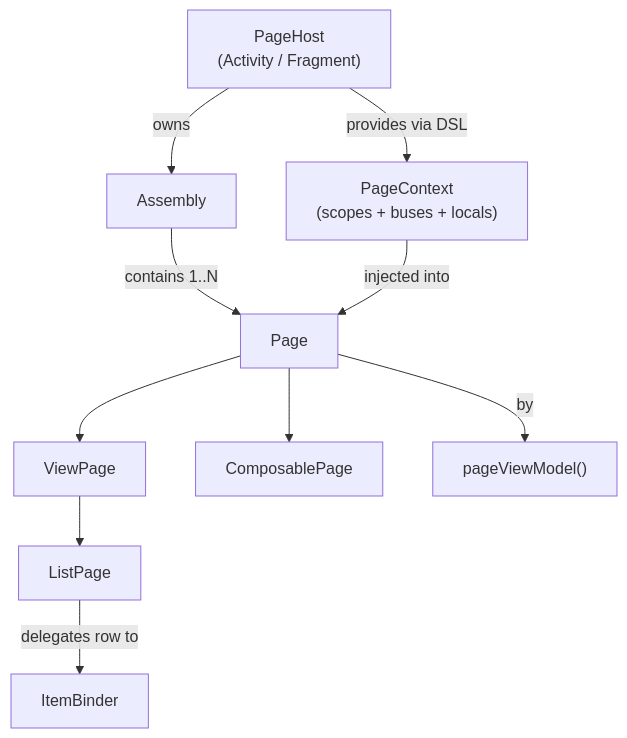
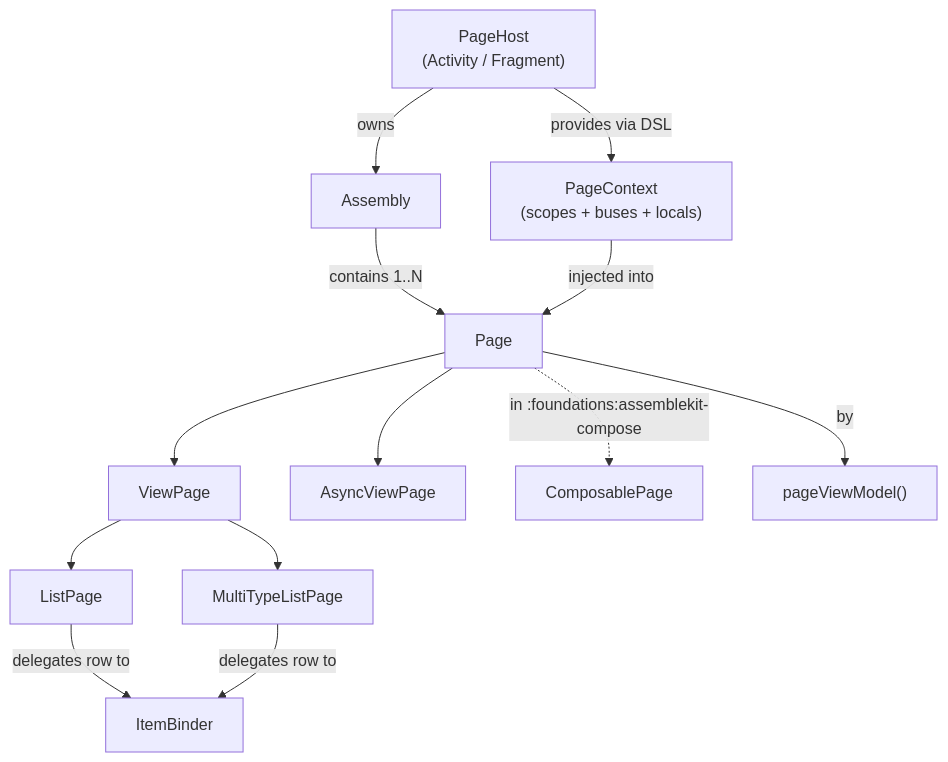
The diagram in foundations/assemblekit/README.md (yrickwong/android-monorepo-demo), drawn with Mermaid before and after one commit. The commit also changed other lines of this file and 23 other files, not shown here.

First line of the commit message:
feat(assemblekit): ship AsyncViewPage, MultiTypeListPage, Compose sibling, and sharding playbook

````diff
--- a/foundations/assemblekit/README.md
+++ b/foundations/assemblekit/README.md
@@ -63,12 +70,15 @@
 ```mermaid
 flowchart TD
     Host["PageHost\n(Activity / Fragment)"] -->|owns| Asm["Assembly"]
     Asm -->|contains 1..N| Page
     Page --> ViewPage
-    Page --> ComposablePage
+    Page --> AsyncViewPage
+    Page -.->|in :foundations:assemblekit-compose| ComposablePage
     ViewPage --> ListPage["ListPage<T>"]
+    ViewPage --> MultiTypeListPage["MultiTypeListPage<T>"]
     ListPage -->|delegates row to| ItemBinder["ItemBinder<T>"]
+    MultiTypeListPage -->|delegates row to| ItemBinder
     Host -->|provides via DSL| Ctx["PageContext\n(scopes + buses + locals)"]
     Ctx -->|injected into| Page
     Page -->|by| PageVM["pageViewModel<VM, S>()"]
 ```
````
